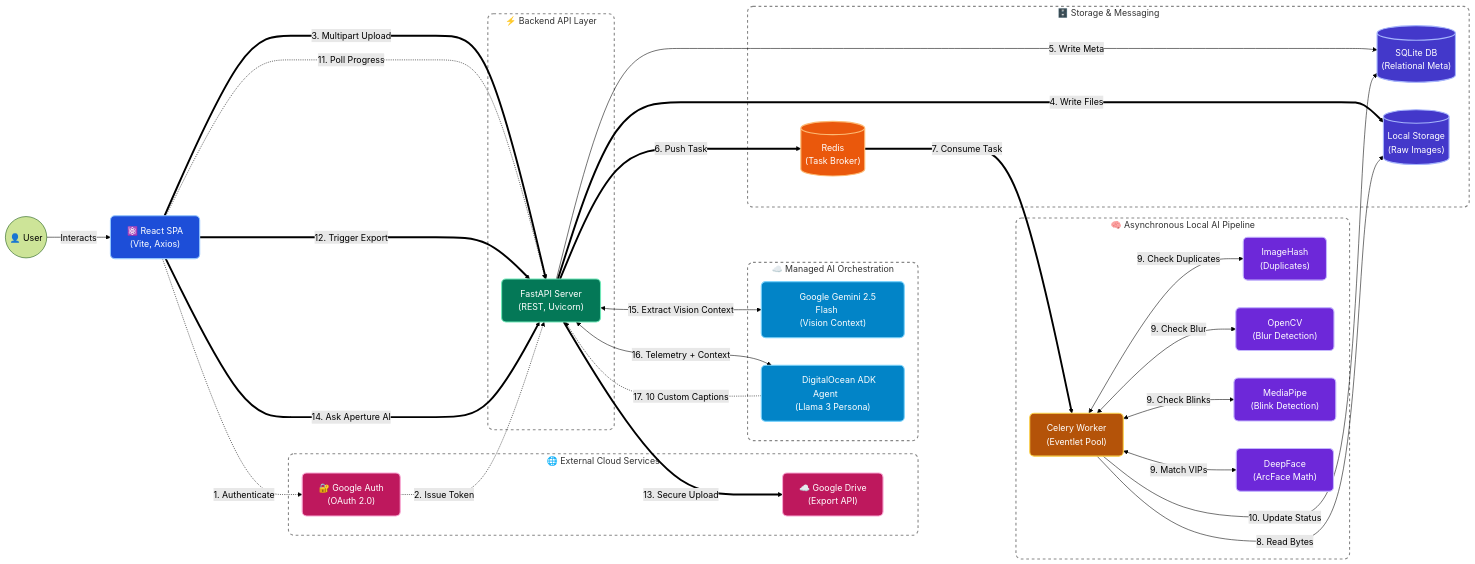
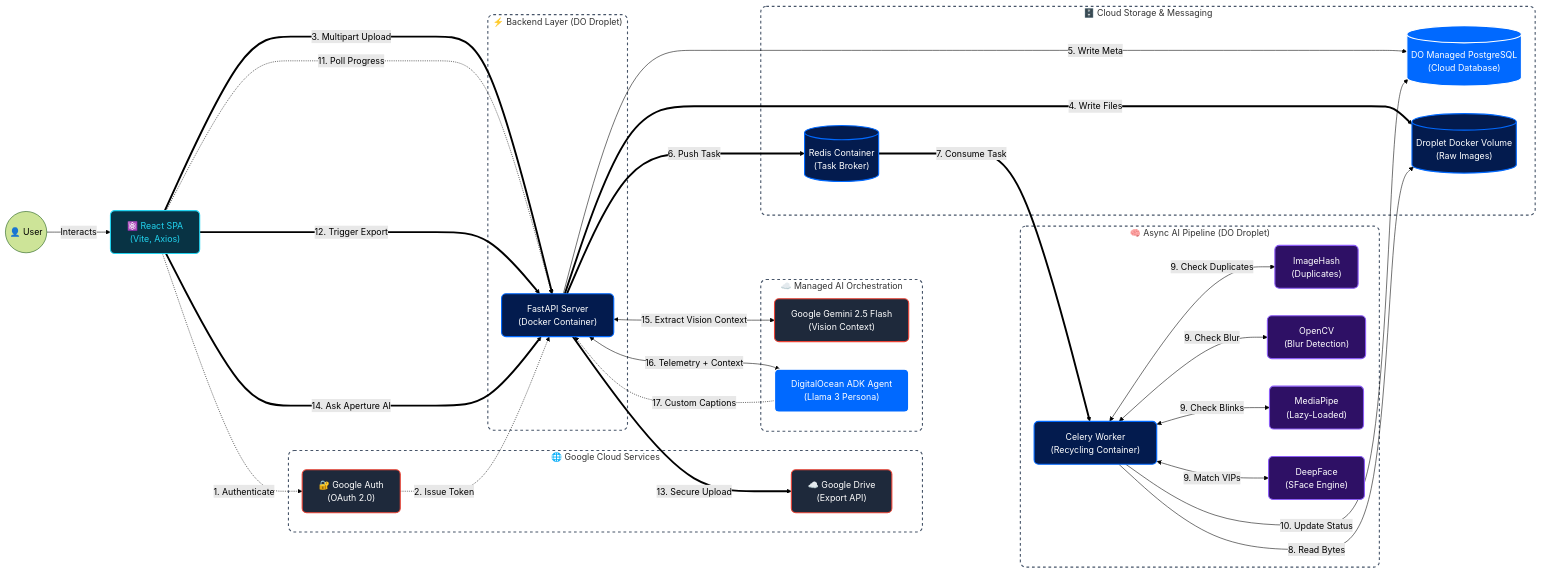
One commit to PranavS1604/photo_curator changed the diagram in README.md. Above: the diagram before and after it, drawn with Mermaid (forest theme). The commit also changed other lines of this file and 6 other files, not shown here.

````diff
--- a/README.md
+++ b/README.md
@@ -170,49 +138,43 @@
 ```mermaid
 flowchart LR
-  %% --- ADAPTIVE CLUSTERS (Visible on both Light and Dark modes) ---
-  classDef cluster fill:none,stroke:#888888,stroke-width:2px,stroke-dasharray: 5 5,rx:10px
-
-  %% --- VIBRANT NODE COLORS (White text is safe here because backgrounds are dark) ---
-  classDef client fill:#1d4ed8,stroke:#93c5fd,stroke-width:2px,color:#ffffff,rx:8px
-  classDef api fill:#047857,stroke:#6ee7b7,stroke-width:2px,color:#ffffff,rx:8px
-  classDef broker fill:#ea580c,stroke:#fdba74,stroke-width:2px,color:#ffffff,rx:8px
-  classDef worker fill:#b45309,stroke:#fcd34d,stroke-width:2px,color:#ffffff,rx:8px
-  classDef ai fill:#6d28d9,stroke:#c4b5fd,stroke-width:2px,color:#ffffff,rx:8px
-  classDef db fill:#4338ca,stroke:#a5b4fc,stroke-width:2px,color:#ffffff,rx:8px
-  classDef external fill:#be185d,stroke:#f9a8d4,stroke-width:2px,color:#ffffff,rx:8px
-  classDef cloudai fill:#0284c7,stroke:#7dd3fc,stroke-width:2px,color:#ffffff,rx:8px
+  %% --- DIGITALOCEAN & BRAND COLOR PALETTE ---
+  classDef doManaged fill:#0069ff,stroke:#ffffff,stroke-width:2px,color:#ffffff,rx:8px
+  classDef doDroplet fill:#031b4e,stroke:#0069ff,stroke-width:2px,color:#ffffff,rx:8px
+  classDef google fill:#1e293b,stroke:#ea4335,stroke-width:2px,color:#ffffff,rx:8px
+  classDef aiTask fill:#2e1065,stroke:#8b5cf6,stroke-width:2px,color:#ffffff,rx:8px
+  classDef reactUI fill:#083344,stroke:#22d3ee,stroke-width:2px,color:#22d3ee,rx:8px
+  classDef cluster fill:none,stroke:#475569,stroke-width:2px,stroke-dasharray: 5 5,rx:10px
 
   %% --- SYSTEM NODES ---
   User(("👤 User"))
-  UI["⚛️ React SPA<br/>(Vite, Axios)"]:::client
+  UI["⚛️ React SPA<br/>(Vite, Axios)"]:::reactUI
 
-  subgraph External ["🌐 External Cloud Services"]
-    OAuth["🔐 Google Auth<br/>(OAuth 2.0)"]:::external
-    Drive["☁️ Google Drive<br/>(Export API)"]:::external
+  subgraph External ["🌐 Google Cloud Services"]
+    OAuth["🔐 Google Auth<br/>(OAuth 2.0)"]:::google
+    Drive["☁️ Google Drive<br/>(Export API)"]:::google
   end
 
-  %% Added padding spaces to force the box to render wider
-  subgraph CloudAI ["&nbsp;&nbsp;☁️ Managed AI Orchestration&nbsp;&nbsp;"]
-    Gemini["&nbsp;&nbsp;&nbsp;&nbsp;&nbsp;Google Gemini 2.5 Flash&nbsp;&nbsp;&nbsp;&nbsp;&nbsp;<br/>(Vision Context)"]:::cloudai
-    DO_ADK["&nbsp;&nbsp;&nbsp;&nbsp;&nbsp;&nbsp;DigitalOcean ADK Agent&nbsp;&nbsp;&nbsp;&nbsp;&nbsp;&nbsp;<br/>(Llama 3 Persona)"]:::cloudai
+  subgraph CloudAI ["☁️ Managed AI Orchestration"]
+    Gemini["Google Gemini 2.5 Flash<br/>(Vision Context)"]:::google
+    DO_ADK["DigitalOcean ADK Agent<br/>(Llama 3 Persona)"]:::doManaged
   end
 
-  subgraph Backend ["⚡ Backend API Layer"]
-    API["FastAPI Server<br/>(REST, Uvicorn)"]:::api
+  subgraph Backend ["⚡ Backend Layer (DO Droplet)"]
+    API["FastAPI Server<br/>(Docker Container)"]:::doDroplet
   end
 
-  subgraph DataLayer ["🗄️ Storage & Messaging"]
-    Broker[("Redis<br/>(Task Broker)")]:::broker
-    DB[("SQLite DB<br/>(Relational Meta)")]:::db
-    Disk[("Local Storage<br/>(Raw Images)")]:::db
+  subgraph DataLayer ["🗄️ Cloud Storage & Messaging"]
+    Broker[("Redis Container<br/>(Task Broker)")]:::doDroplet
+    DB[("DO Managed PostgreSQL<br/>(Cloud Database)")]:::doManaged
+    Disk[("Droplet Docker Volume<br/>(Raw Images)")]:::doDroplet
   end
 
-  subgraph AIEngine ["🧠 Asynchronous Local AI Pipeline"]
-    Celery["Celery Worker<br/>(Eventlet Pool)"]:::worker
-    Hash["ImageHash<br/>(Duplicates)"]:::ai
-    CV["OpenCV<br/>(Blur Detection)"]:::ai
-    MP["MediaPipe<br/>(Blink Detection)"]:::ai
-    DF["DeepFace<br/>(ArcFace Math)"]:::ai
+  subgraph AIEngine ["🧠 Async AI Pipeline (DO Droplet)"]
+    Celery["Celery Worker<br/>(Recycling Container)"]:::doDroplet
+    Hash["ImageHash<br/>(Duplicates)"]:::aiTask
+    CV["OpenCV<br/>(Blur Detection)"]:::aiTask
+    MP["MediaPipe<br/>(Lazy-Loaded)"]:::aiTask
+    DF["DeepFace<br/>(SFace Engine)"]:::aiTask
   end
 
   %% --- WORKFLOW ROUTING ---
@@ -248,7 +210,7 @@
   UI ==>|"14. Ask Aperture AI"| API
   API <-->|"15. Extract Vision Context"| Gemini
   API <-->|"16. Telemetry + Context"| DO_ADK
-  DO_ADK -.->|"17. 10 Custom Captions"| API
+  DO_ADK -.->|"17. Custom Captions"| API
 
   %% Apply cluster styling to subgraphs
   class External,Backend,DataLayer,AIEngine,CloudAI cluster
````
